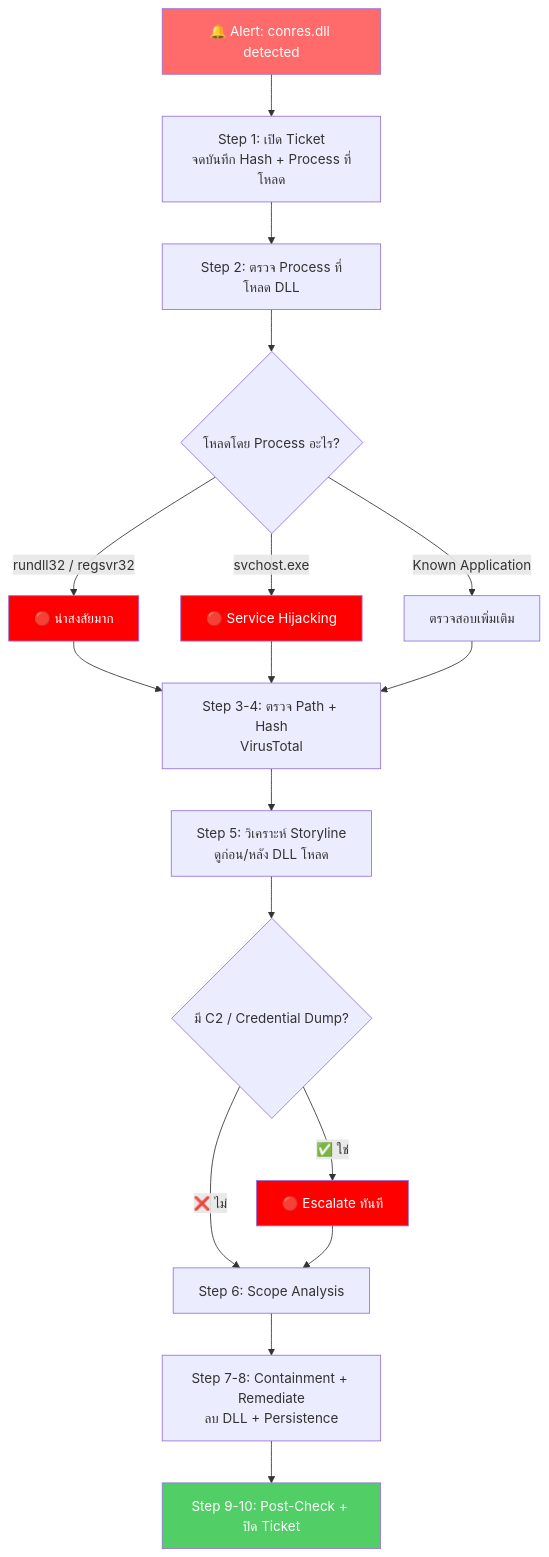
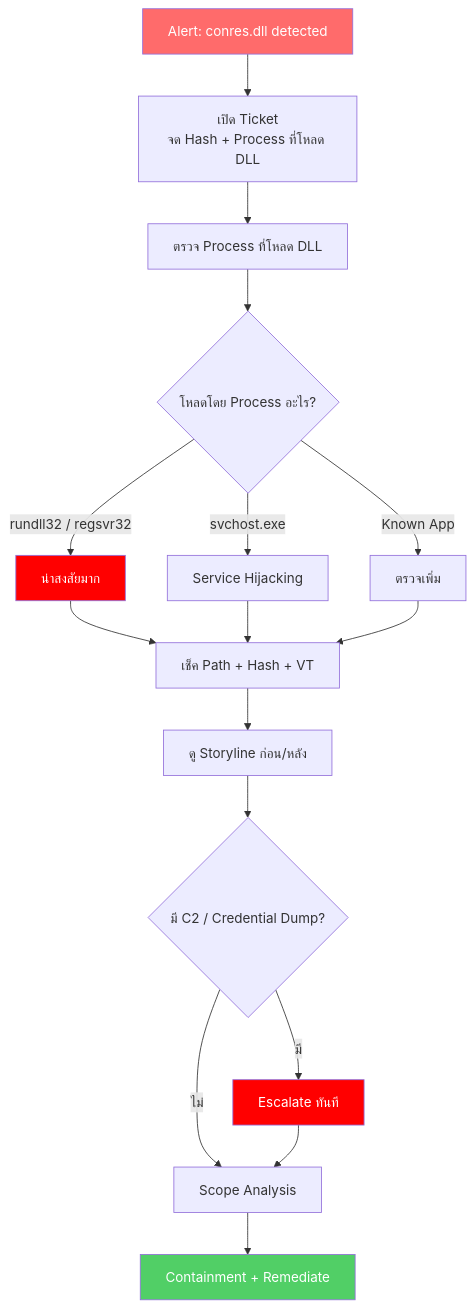
The diagram in playbooks/PB-06_conres_dll.md (nutthakorn7/SOC-SOP-TW), drawn with Mermaid before and after one commit. The commit also changed other lines of this file and 6 other files, not shown here.

````diff
--- a/playbooks/PB-06_conres_dll.md
+++ b/playbooks/PB-06_conres_dll.md
@@ -29,25 +29,23 @@
 ```mermaid
 flowchart TD
-    A["🔔 Alert: conres.dll detected"] --> B["Step 1: เปิด Ticket\nจดบันทึก Hash + Process ที่โหลด"]
-    B --> C["Step 2: ตรวจ Process ที่โหลด DLL"]
+    A["Alert: conres.dll detected"] --> B["เปิด Ticket\nจด Hash + Process ที่โหลด DLL"]
+    B --> C["ตรวจ Process ที่โหลด DLL"]
     C --> D{"โหลดโดย Process อะไร?"}
-    D -->|"rundll32 / regsvr32"| E["🔴 น่าสงสัยมาก"]
-    D -->|"svchost.exe"| F["🔴 Service Hijacking"]
-    D -->|"Known Application"| G["ตรวจสอบเพิ่มเติม"]
-    E --> H["Step 3-4: ตรวจ Path + Hash\nVirusTotal"]
+    D -->|"rundll32 / regsvr32"| E["น่าสงสัยมาก"]
+    D -->|"svchost.exe"| F["Service Hijacking"]
+    D -->|"Known App"| G["ตรวจเพิ่ม"]
+    E --> H["เช็ค Path + Hash + VT"]
     F --> H
     G --> H
-    H --> I["Step 5: วิเคราะห์ Storyline\nดูก่อน/หลัง DLL โหลด"]
+    H --> I["ดู Storyline ก่อน/หลัง"]
     I --> J{"มี C2 / Credential Dump?"}
-    J -->|"✅ ใช่"| K["🔴 Escalate ทันที"]
-    J -->|"❌ ไม่"| L["Step 6: Scope Analysis"]
+    J -->|"มี"| K["Escalate ทันที"]
+    J -->|"ไม่"| L["Scope Analysis"]
     K --> L
-    L --> M["Step 7-8: Containment + Remediate\nลบ DLL + Persistence"]
-    M --> N["Step 9-10: Post-Check + ปิด Ticket"]
+    L --> M["Containment + Remediate"]
 
     style A fill:#ff6b6b,color:#fff
     style E fill:#ff0000,color:#fff
-    style F fill:#ff0000,color:#fff
     style K fill:#ff0000,color:#fff
-    style N fill:#51cf66,color:#fff
+    style M fill:#51cf66,color:#fff
 ```
````
